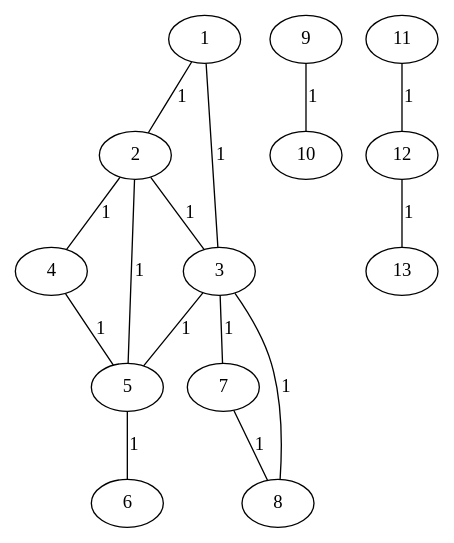
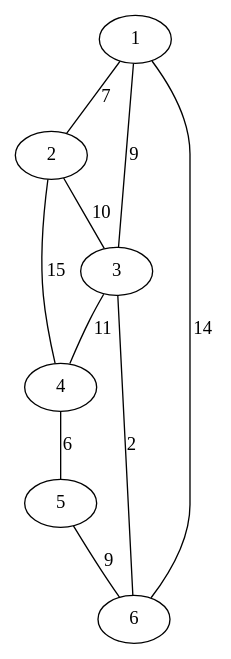
Before and after one commit to ifscprog2/trabalhofinal: the diagram in grafos-lista-v3/grafo.dot, drawn with Graphviz. The commit also changed 15 other files, not shown here.

```diff
--- a/grafos-lista-v3/grafo.dot
+++ b/grafos-lista-v3/grafo.dot
@@ -1,16 +1,11 @@
 graph {
-	1 -- 2 [label = 1];
-	1 -- 3 [label = 1];
-	2 -- 4 [label = 1];
-	2 -- 5 [label = 1];
-	2 -- 3 [label = 1];
-	3 -- 5 [label = 1];
-	3 -- 8 [label = 1];
-	3 -- 7 [label = 1];
-	4 -- 5 [label = 1];
-	5 -- 6 [label = 1];
-	7 -- 8 [label = 1];
-	9 -- 10 [label = 1];
-	11 -- 12 [label = 1];
-	12 -- 13 [label = 1];
+	1 -- 2 [label = 7];
+	1 -- 3 [label = 9];
+	1 -- 6 [label = 14];
+	2 -- 4 [label = 15];
+	2 -- 3 [label = 10];
+	3 -- 4 [label = 11];
+	3 -- 6 [label = 2];
+	4 -- 5 [label = 6];
+	5 -- 6 [label = 9];
 }
```
